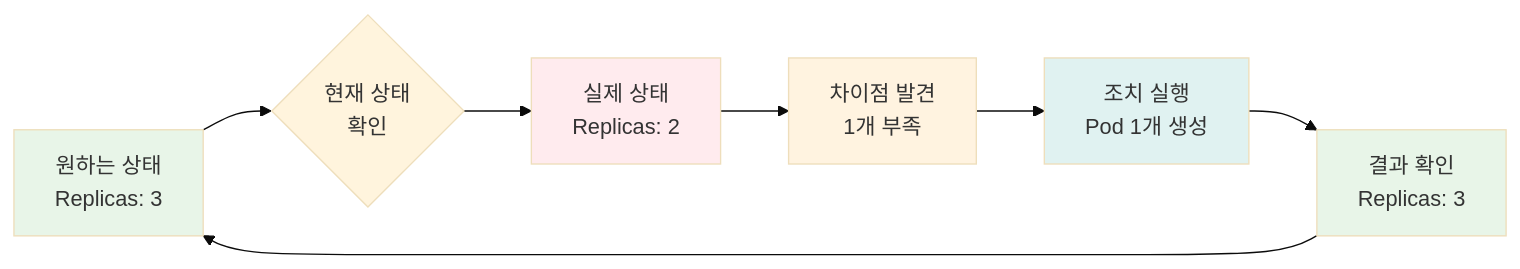
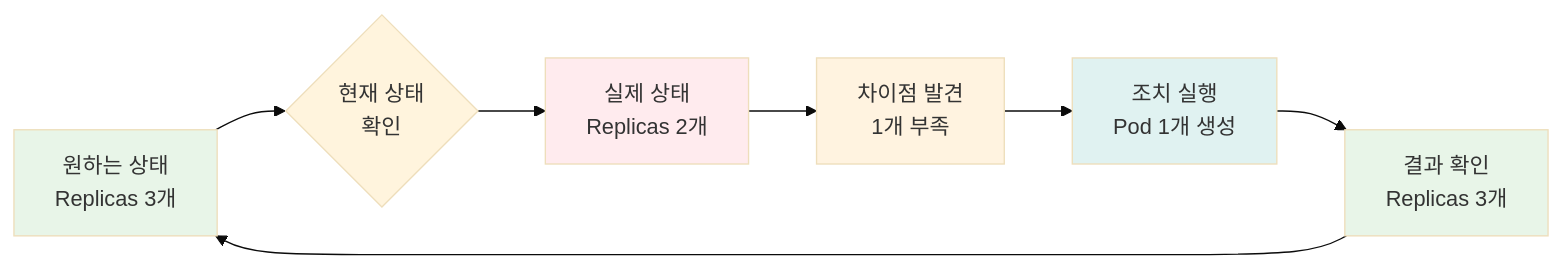
One commit to niceguy61/kdt_devops_lecture_2025 changed the fifth of 5 diagrams in theory/week_03/day1/session_2.md. Above: the diagram before and after it, drawn with Mermaid (base theme). The commit also changed other lines of this file and 1 other file, not shown here.

````diff
--- a/theory/week_03/day1/session_2.md
+++ b/theory/week_03/day1/session_2.md
@@ -299,15 +299,15 @@
 ```mermaid
 graph LR
-    A[원하는 상태<br/>Replicas: 3] --> B{현재 상태<br/>확인}
-    B --> C[실제 상태<br/>Replicas: 2]
+    A[원하는 상태<br/>Replicas 3개] --> B{현재 상태<br/>확인}
+    B --> C[실제 상태<br/>Replicas 2개]
     C --> D[차이점 발견<br/>1개 부족]
     D --> E[조치 실행<br/>Pod 1개 생성]
-    E --> F[결과 확인<br/>Replicas: 3]
+    E --> F[결과 확인<br/>Replicas 3개]
     F --> A
     
     style A fill:#e8f5e8
     style C fill:#ffebee
     style D fill:#fff3e0
     style E fill:#e0f2f1
     style F fill:#e8f5e8
 ```
````
